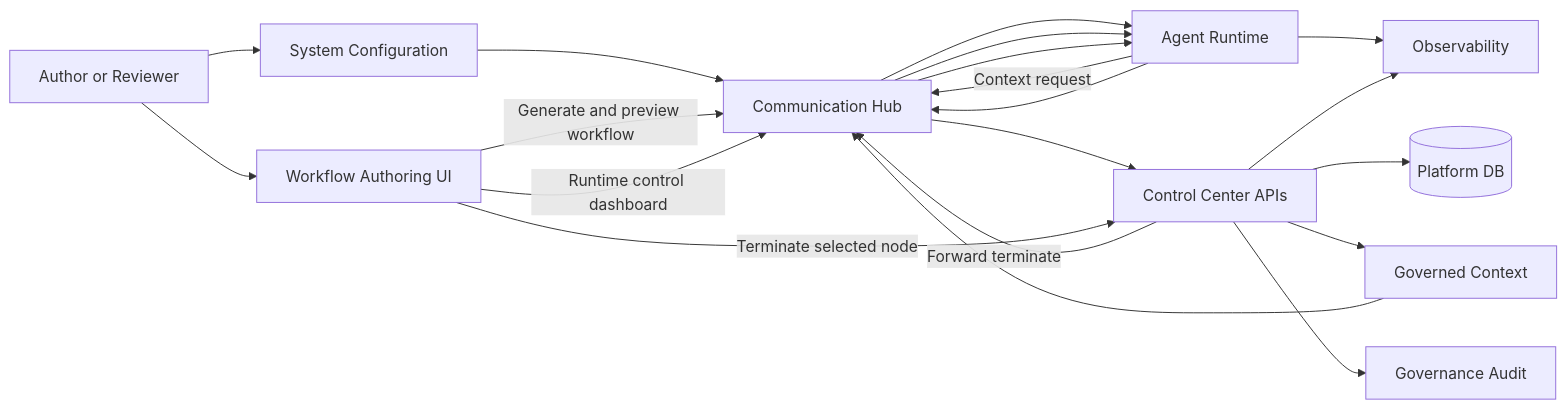
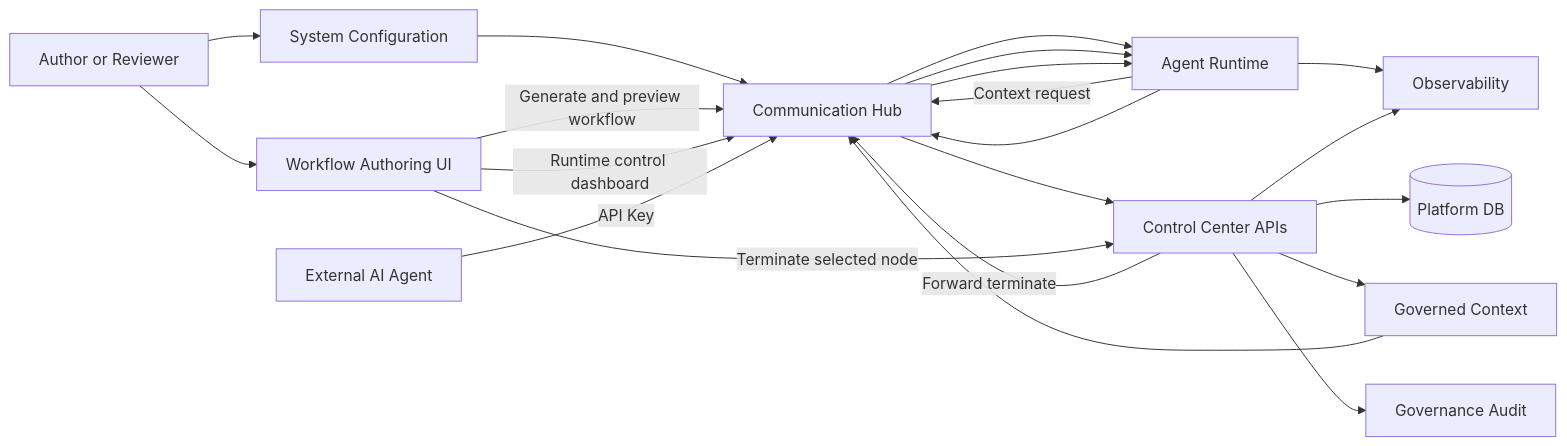
One commit to hurungang/parthenon changed the third of 4 diagrams in docs/master/architecture/system-overview.md. Above: the diagram before and after it, drawn with Mermaid. The commit also changed other lines of this file and 206 other files, not shown here.

````diff
--- a/docs/master/architecture/system-overview.md
+++ b/docs/master/architecture/system-overview.md
@@ -3,33 +58,35 @@
 ```mermaid
 flowchart LR
     AU[Author or Reviewer]
     UI[Workflow Authoring UI]
     CFG[System Configuration]
     CH[Communication Hub]
     AR[Agent Runtime]
+    EA[External AI Agent]
     CCA[Control Center APIs]
     CCTX[Governed Context]
     DB[(Platform DB)]
     OBS[Observability]
     AUD[Governance Audit]
 
     AU --> UI
     AU --> CFG
     CFG --> CH
     UI -->|Generate and preview workflow| CH
     UI -->|Runtime control dashboard| CH
     CH --> AR
     AR -->|Context request| CH
     CH --> CCA
     CCA --> DB
     CCA --> CCTX
     CCTX --> CH
     CH --> AR
     AR --> CH
     AR --> OBS
     CCA --> OBS
     CCA --> AUD
     UI -->|Terminate selected node| CCA
     CCA -->|Forward terminate| CH
     CH --> AR
+    EA -->|API Key| CH
 ```
````
